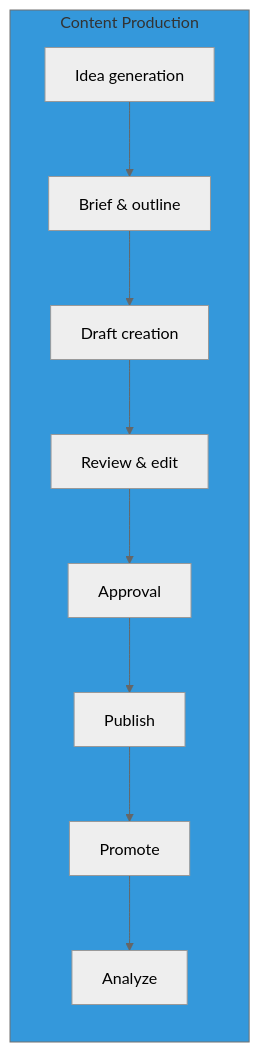
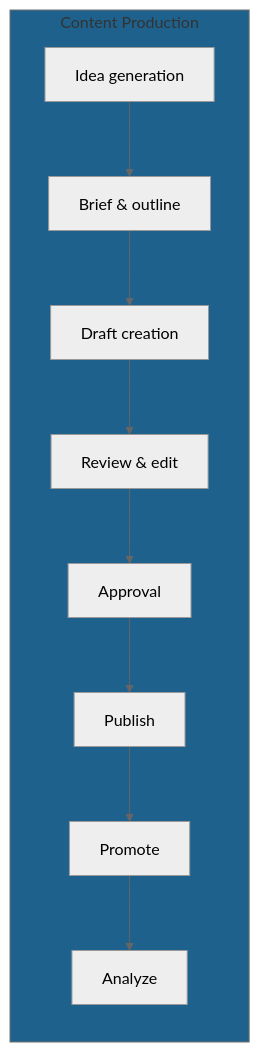
One commit to CipherOcto/cipherocto changed the second of 3 diagrams in docs/05-growth/content-strategy.md. Above: the diagram before and after it, drawn with Mermaid (neutral theme). The commit also changed other lines of this file and 13 other files, not shown here.

First line of the commit message:
Improve Mermaid diagram accessibility: Fix color contrast

````diff
--- a/docs/05-growth/content-strategy.md
+++ b/docs/05-growth/content-strategy.md
@@ -220,18 +220,18 @@
 ```mermaid
 graph TB
     subgraph WORKFLOW["Content Production"]
         direction TB
         W1[Idea generation]
         W2[Brief & outline]
         W3[Draft creation]
         W4[Review & edit]
         W5[Approval]
         W6[Publish]
         W7[Promote]
         W8[Analyze]
     end
 
     W1 --> W2 --> W3 --> W4 --> W5 --> W6 --> W7 --> W8
 
-    style WORKFLOW fill:#3498db
+    style WORKFLOW fill:#1f618d
 ```
````
